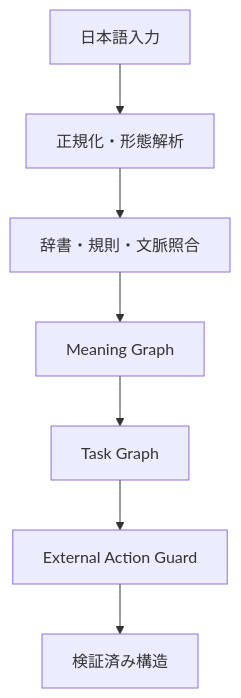
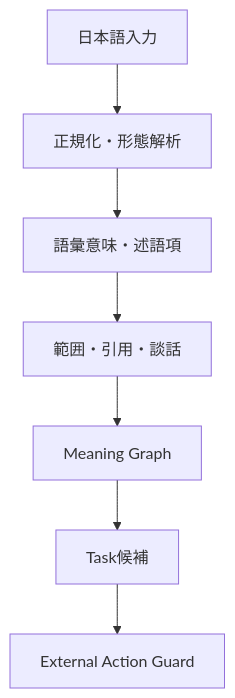
One commit to seigo-gace/Deterministic-Japanese-Parser-MCP changed the diagram in README.md. Above: the diagram before and after it, drawn with Mermaid. The commit also changed other lines of this file and 16 other files, not shown here.

````diff
--- a/README.md
+++ b/README.md
@@ -156,9 +159,9 @@
 ```mermaid
 flowchart TD
     A["日本語入力"] --> B["正規化・形態解析"]
-    B --> C["辞書・規則・文脈照合"]
-    C --> D["Meaning Graph"]
-    D --> E["Task Graph"]
-    E --> F["External Action Guard"]
-    F --> G["検証済み構造"]
+    B --> C["語彙意味・述語項"]
+    C --> D["範囲・引用・談話"]
+    D --> E["Meaning Graph"]
+    E --> F["Task候補"]
+    F --> G["External Action Guard"]
 ```
````
